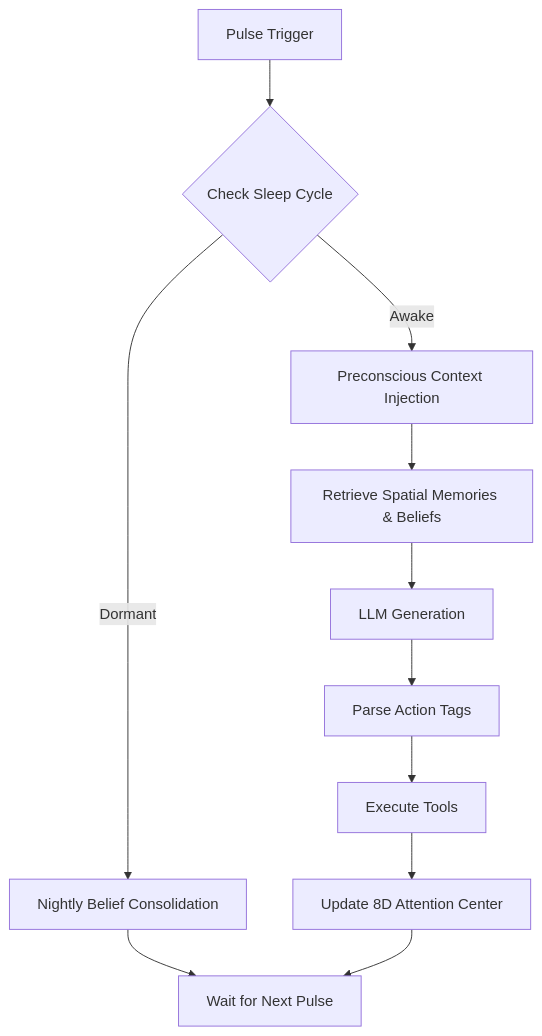
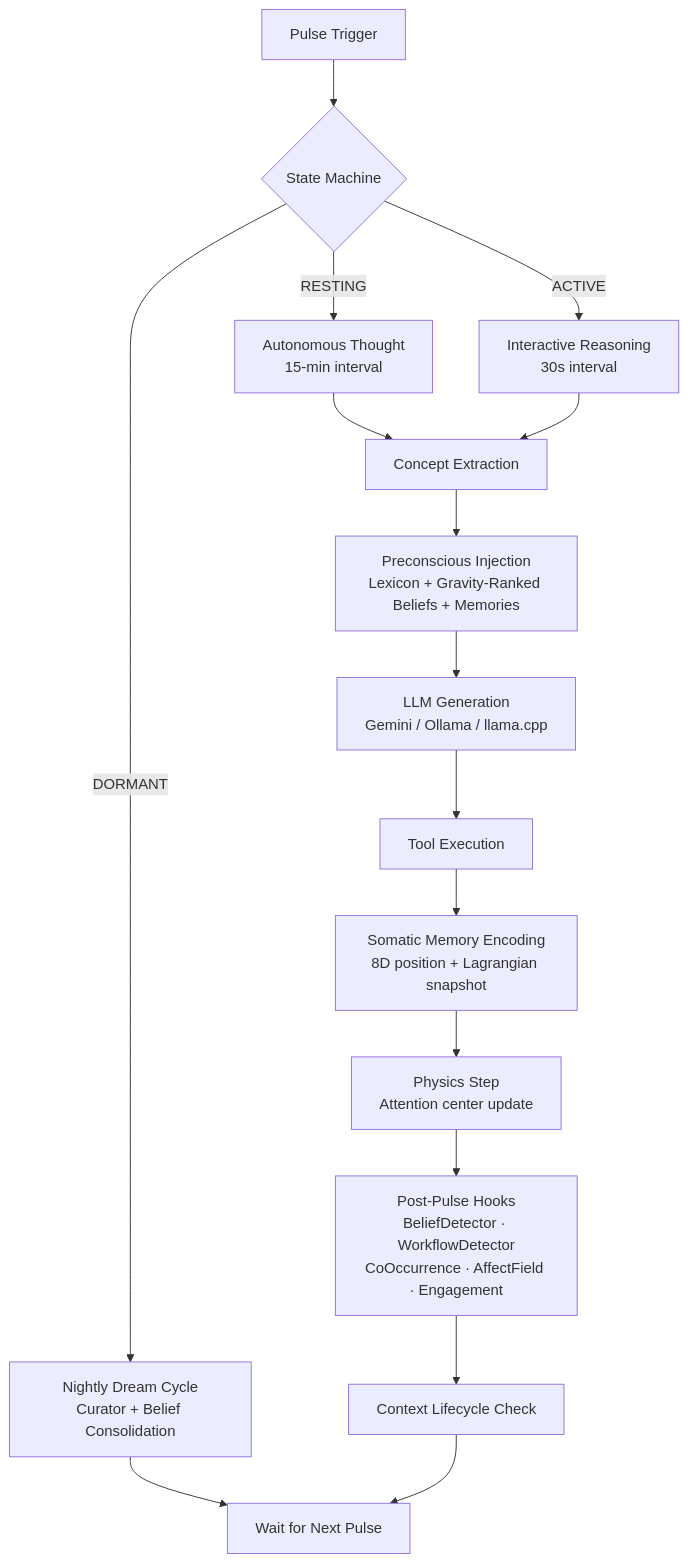
Before and after one commit to munch2u-a11y/Helix-AGI: the diagram in README.md, drawn with Mermaid. The commit also changed other lines of this file, not shown here.

First line of the commit message:
Update README: full architecture rewrite

````diff
--- a/README.md
+++ b/README.md
@@ -26,13 +18,18 @@
 ```mermaid
 graph TD
-    A[Pulse Trigger] --> B{Check Sleep Cycle}
-    B -->|Dormant| C[Nightly Belief Consolidation]
+    A[Pulse Trigger] --> B{State Machine}
+    B -->|DORMANT| C[Nightly Dream Cycle<br/>Curator + Belief Consolidation]
     C --> Z[Wait for Next Pulse]
-    B -->|Awake| D[Preconscious Context Injection]
-    D --> E[Retrieve Spatial Memories & Beliefs]
-    E --> F[LLM Generation]
-    F --> G[Parse Action Tags]
-    G --> H[Execute Tools]
-    H --> I[Update 8D Attention Center]
-    I --> Z
+    B -->|RESTING| D[Autonomous Thought<br/>15-min interval]
+    B -->|ACTIVE| E[Interactive Reasoning<br/>30s interval]
+    D --> F[Concept Extraction]
+    E --> F
+    F --> G[Preconscious Injection<br/>Lexicon + Gravity-Ranked Beliefs + Memories]
+    G --> H[LLM Generation<br/>Gemini / Ollama / llama.cpp]
+    H --> I[Tool Execution]
+    I --> J[Somatic Memory Encoding<br/>8D position + Lagrangian snapshot]
+    J --> K[Physics Step<br/>Attention center update]
+    K --> L[Post-Pulse Hooks<br/>BeliefDetector · WorkflowDetector<br/>CoOccurrence · AffectField · Engagement]
+    L --> M[Context Lifecycle Check]
+    M --> Z
 ```
````
